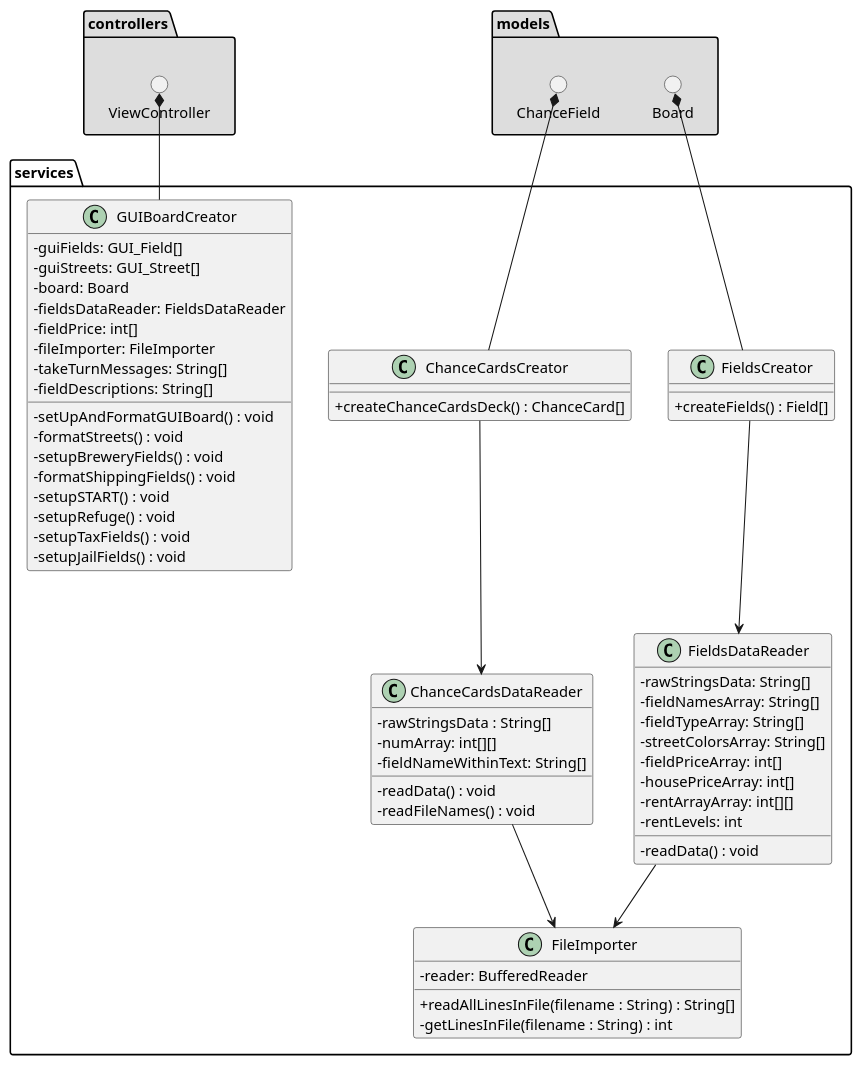
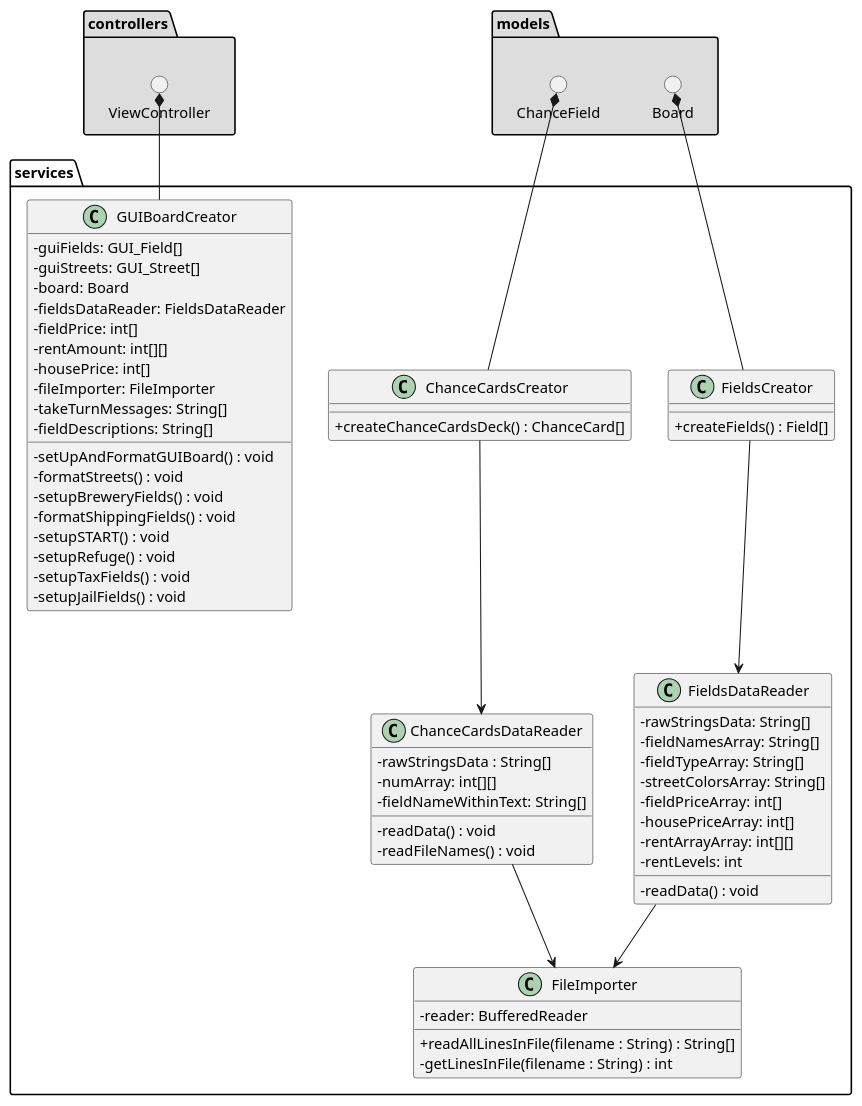
One commit to GabeKierk889/gruppe-18 changed the diagram in 18_final/UML/DesignClassDiagram/Package Services.puml. Above: the diagram before and after it, drawn with PlantUML. The commit also changed 3 other files, not shown here.

```diff
--- a/18_final/UML/DesignClassDiagram/Package Services.puml
+++ b/18_final/UML/DesignClassDiagram/Package Services.puml
@@ -1,80 +1,82 @@
 @startuml
 'https://plantuml.com/class-diagram
 skinparam classAttributeIconSize 0
 
 package controllers #DDDDDD {
 () ViewController
 }
 
 package models #DDDDDD {
 () Board
 () ChanceField
 }
 
 package services {
 
 class FileImporter {
     -reader: BufferedReader
 
     +readAllLinesInFile(filename : String) : String[]
     -getLinesInFile(filename : String) : int
 }
 class FieldsDataReader {
     -rawStringsData: String[]
     -fieldNamesArray: String[]
     -fieldTypeArray: String[]
     -streetColorsArray: String[]
     -fieldPriceArray: int[]
     -housePriceArray: int[]
     -rentArrayArray: int[][]
     -rentLevels: int
 
     -readData() : void
 }
 class FieldsCreator {
     +createFields() : Field[]
 }
 class ChanceCardsDataReader {
     -rawStringsData : String[]
     -numArray: int[][]
     -fieldNameWithinText: String[]
 
     -readData() : void
     -readFileNames() : void
 
 }
 class ChanceCardsCreator {
     +createChanceCardsDeck() : ChanceCard[]
 }
 
 class GUIBoardCreator {
     -guiFields: GUI_Field[]
     -guiStreets: GUI_Street[]
     -board: Board
     -fieldsDataReader: FieldsDataReader
     -fieldPrice: int[]
+    -rentAmount: int[][]
+    -housePrice: int[]
     -fileImporter: FileImporter
     -takeTurnMessages: String[]
     -fieldDescriptions: String[]
 
     -setUpAndFormatGUIBoard() : void
     -formatStreets() : void
     -setupBreweryFields() : void
     -formatShippingFields() : void
     -setupSTART() : void
     -setupRefuge() : void
     -setupTaxFields() : void
     -setupJailFields() : void
 }
 
 }
 
 ChanceField *-- ChanceCardsCreator
 ViewController *-- GUIBoardCreator
 Board *-- FieldsCreator
 FieldsDataReader --> FileImporter
 ChanceCardsDataReader --> FileImporter
 FieldsCreator --> FieldsDataReader
 ChanceCardsCreator --> ChanceCardsDataReader
 
 @enduml
```
